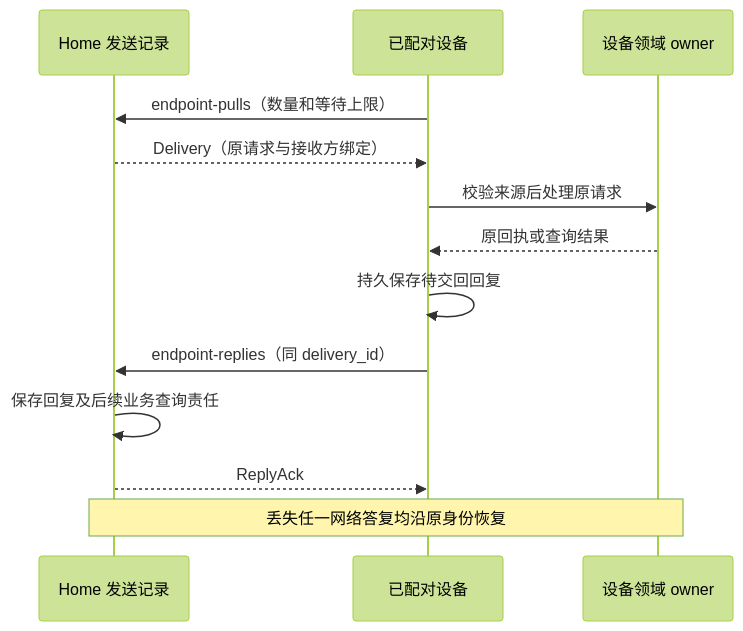
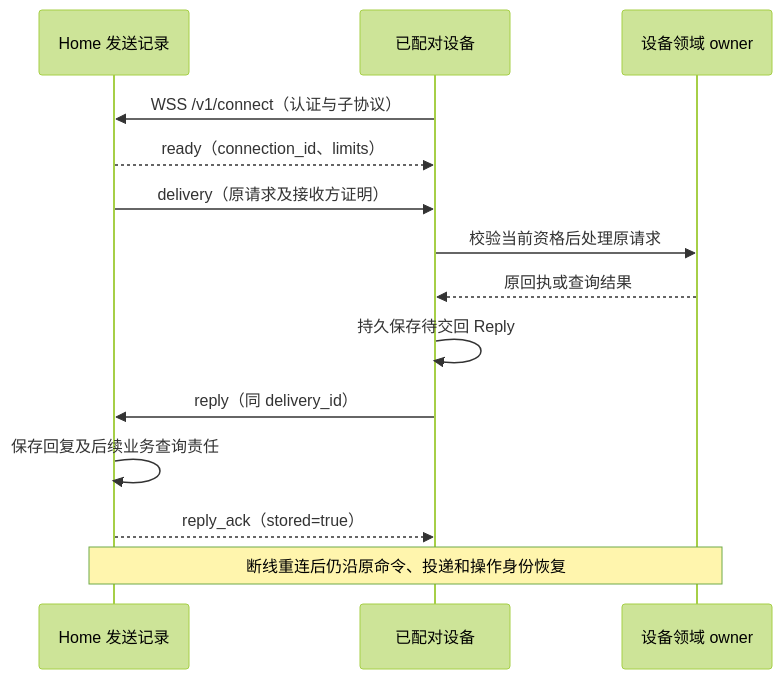
One commit to ruipengliu/lerna changed the diagram in docs/architecture/contracts/transport.md. Above: the diagram before and after it, drawn with Mermaid (forest theme). The commit also changed other lines of this file and 103 other files, not shown here.

Commit message:
docs: expand architecture contracts and UML models

````diff
--- a/docs/architecture/contracts/transport.md
+++ b/docs/architecture/contracts/transport.md
@@ -66,15 +105,16 @@
 ```mermaid
 sequenceDiagram
     participant H as Home 发送记录
     participant D as 已配对设备
     participant O as 设备领域 owner
-    D->>H: endpoint-pulls（数量和等待上限）
-    H-->>D: Delivery（原请求与接收方绑定）
-    D->>O: 校验来源后处理原请求
+    D->>H: WSS /v1/connect（认证与子协议）
+    H-->>D: ready（connection_id、limits）
+    H->>D: delivery（原请求及接收方证明）
+    D->>O: 校验当前资格后处理原请求
     O-->>D: 原回执或查询结果
-    D->>D: 持久保存待交回回复
-    D->>H: endpoint-replies（同 delivery_id）
+    D->>D: 持久保存待交回 Reply
+    D->>H: reply（同 delivery_id）
     H->>H: 保存回复及后续业务查询责任
-    H-->>D: ReplyAck
-    Note over H,O: 丢失任一网络答复均沿原身份恢复
+    H-->>D: reply_ack（stored=true）
+    Note over H,O: 断线重连后仍沿原命令、投递和操作身份恢复
 ```
````
